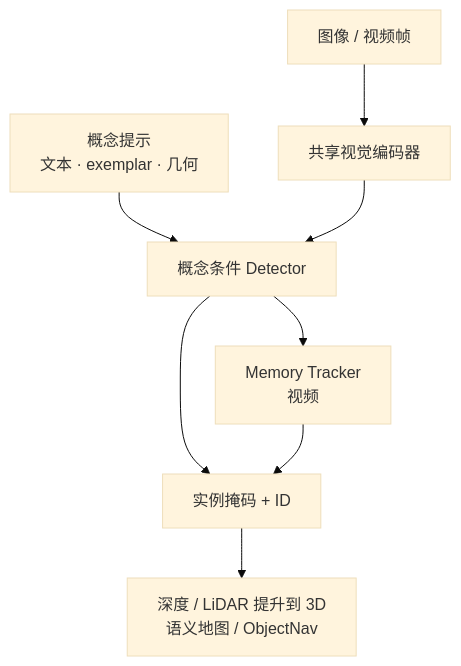
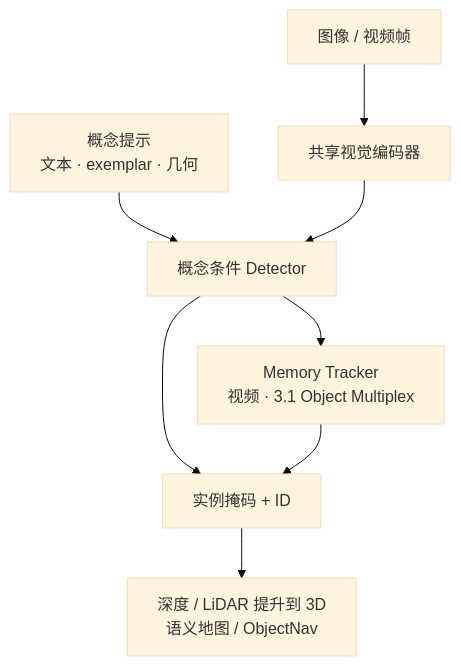
Before and after one commit to ImChong/Robotics_Notebooks: the first of 2 diagrams in wiki/entities/paper-sam3.md, drawn with Mermaid (base theme). The commit also changed other lines of this file and 10 other files, not shown here.

Commit message:
[2026-09-29] ingest | sources/papers/sam3_1_release_2026_03.md — SAM 3.1 Object Multiplex、HF sam3.1 与 paper-sam3 升级 (#2390)

````diff
--- a/wiki/entities/paper-sam3.md
+++ b/wiki/entities/paper-sam3.md
@@ -75,10 +94,10 @@
 ```mermaid
 flowchart TB
   img["图像 / 视频帧"] --> enc["共享视觉编码器"]
   prompt["概念提示<br/>文本 · exemplar · 几何"] --> det["概念条件 Detector"]
   enc --> det
   det --> masks["实例掩码 + ID"]
-  det --> track["Memory Tracker<br/>视频"]
+  det --> track["Memory Tracker<br/>视频 · 3.1 Object Multiplex"]
   track --> masks
   masks --> lift["深度 / LiDAR 提升到 3D<br/>语义地图 / ObjectNav"]
 ```
````
